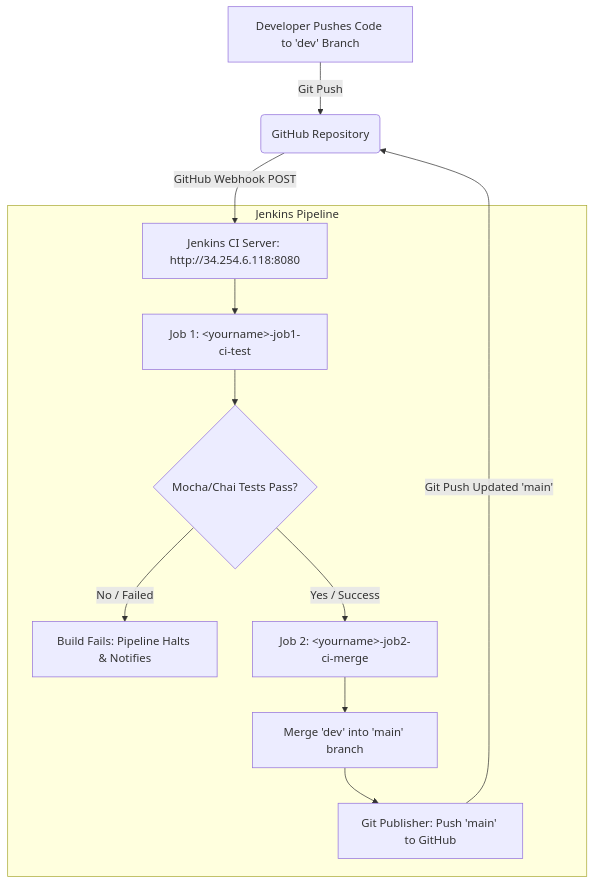
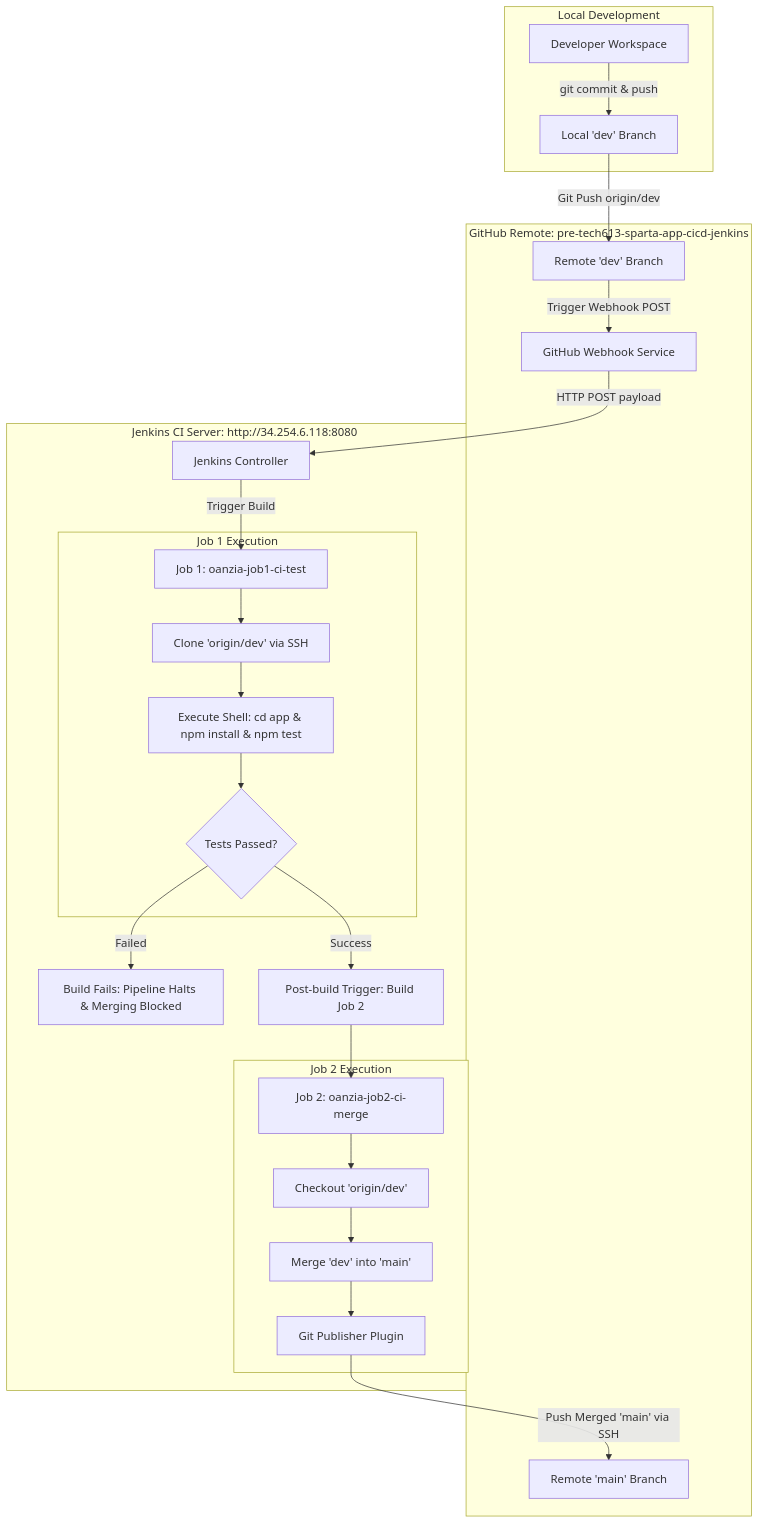
One commit to oanzia99/pre-tech613-sparta-app-cicd-jenkins changed the first of 2 diagrams in CI_CD_DOCUMENTATION.md. Above: the diagram before and after it, drawn with Mermaid. The commit also changed other lines of this file, not shown here.

Commit message:
docs: comprehensive update on pipeline architecture, execution evidence, and security management

````diff
--- a/CI_CD_DOCUMENTATION.md
+++ b/CI_CD_DOCUMENTATION.md
@@ -29,16 +42,36 @@
 ```mermaid
 flowchart TD
-    A[Developer Pushes Code to 'dev' Branch] -->|Git Push| B(GitHub Repository)
-    B -->|GitHub Webhook POST| C[Jenkins CI Server: http://34.254.6.118:8080]
-    
-    subgraph Jenkins Pipeline
-        C --> D["Job 1: &lt;yourname&gt;-job1-ci-test"]
-        D --> E{Mocha/Chai Tests Pass?}
-        E -- No / Failed --> F[Build Fails: Pipeline Halts & Notifies]
-        E -- Yes / Success --> G["Job 2: &lt;yourname&gt;-job2-ci-merge"]
-        G --> H[Merge 'dev' into 'main' branch]
-        H --> I[Git Publisher: Push 'main' to GitHub]
+    subgraph Local Development
+        Dev[Developer Workspace] -->|git commit & push| DevBranch[Local 'dev' Branch]
     end
 
-    I -->|Git Push Updated 'main'| B
+    subgraph GitHub Remote: pre-tech613-sparta-app-cicd-jenkins
+        DevBranch -->|Git Push origin/dev| GHDev[Remote 'dev' Branch]
+        GHDev -->|Trigger Webhook POST| Webhook[GitHub Webhook Service]
+        GHMain[Remote 'main' Branch]
+    end
+
+    subgraph Jenkins CI Server: http://34.254.6.118:8080
+        Webhook -->|HTTP POST payload| JServer[Jenkins Controller]
+        JServer -->|Trigger Build| Job1["Job 1: oanzia-job1-ci-test"]
+        
+        subgraph Job 1 Execution
+            Job1 --> SCM1[Clone 'origin/dev' via SSH]
+            SCM1 --> Shell1[Execute Shell: cd app & npm install & npm test]
+            Shell1 --> TestCheck{Tests Passed?}
+        end
+        
+        TestCheck -- Failed --> FailureAlert[Build Fails: Pipeline Halts & Merging Blocked]
+        TestCheck -- Success --> TriggerJob2[Post-build Trigger: Build Job 2]
+        
+        TriggerJob2 --> Job2["Job 2: oanzia-job2-ci-merge"]
+        
+        subgraph Job 2 Execution
+            Job2 --> SCM2[Checkout 'origin/dev']
+            SCM2 --> MergeAction[Merge 'dev' into 'main']
+            MergeAction --> GitPublisher[Git Publisher Plugin]
+        end
+    end
+
+    GitPublisher -->|Push Merged 'main' via SSH| GHMain
 ```
````
